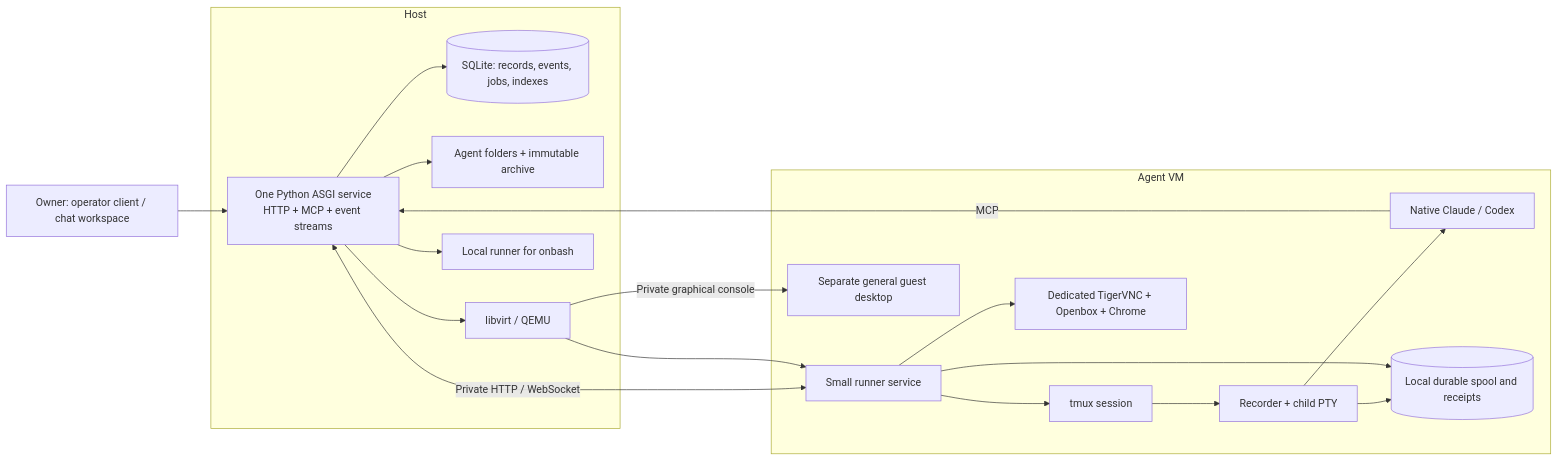
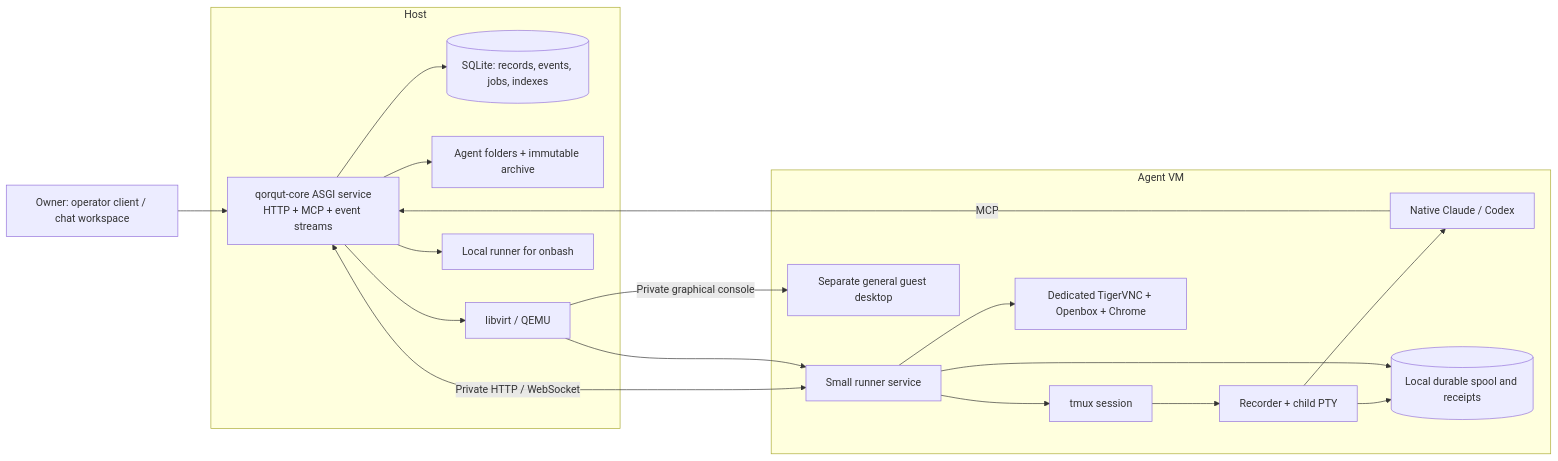
The diagram in ui/docs/ARCHITECTURE.md (49-Agents/qorqbot), drawn with Mermaid before and after one commit. The commit also changed other lines of this file and 22 other files, not shown here.

Commit message:
docs: define three-repo architecture and parallel implementation plan

````diff
--- a/ui/docs/ARCHITECTURE.md
+++ b/ui/docs/ARCHITECTURE.md
@@ -7,33 +7,33 @@
 ```mermaid
 flowchart LR
     OWNER[Owner: operator client / chat workspace] --> HOST
     subgraph Host
-        HOST[One Python ASGI service\nHTTP + MCP + event streams]
+        HOST[qorqut-core ASGI service\nHTTP + MCP + event streams]
         DB[(SQLite: records, events, jobs, indexes)]
         STORE[Agent folders + immutable archive]
         LV[libvirt / QEMU]
         LOCAL[Local runner for onbash]
         HOST --> DB
         HOST --> STORE
         HOST --> LV
         HOST --> LOCAL
     end
     subgraph Agent VM
         GUEST[Small runner service]
         TMUX[tmux session]
         REC[Recorder + child PTY]
         CLI[Native Claude / Codex]
         SPOOL[(Local durable spool and receipts)]
         DESKTOP[Dedicated TigerVNC + Openbox + Chrome]
         MACHINE[Separate general guest desktop]
         GUEST --> TMUX
         TMUX --> REC --> CLI
         REC --> SPOOL
         GUEST --> SPOOL
         GUEST --> DESKTOP
         CLI -->|MCP| HOST
     end
     HOST <-->|Private HTTP / WebSocket| GUEST
     LV --> GUEST
     LV -->|Private graphical console| MACHINE
 ```
````
